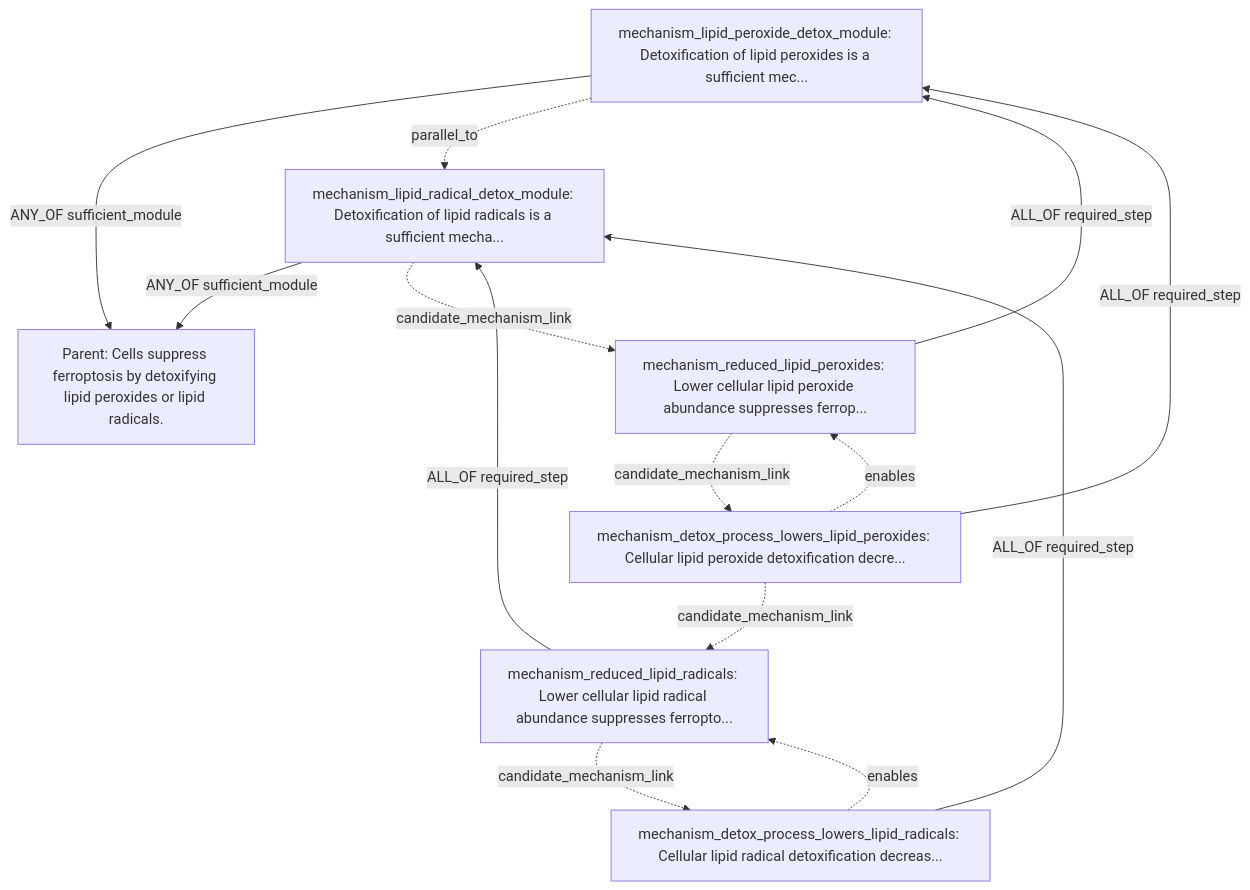
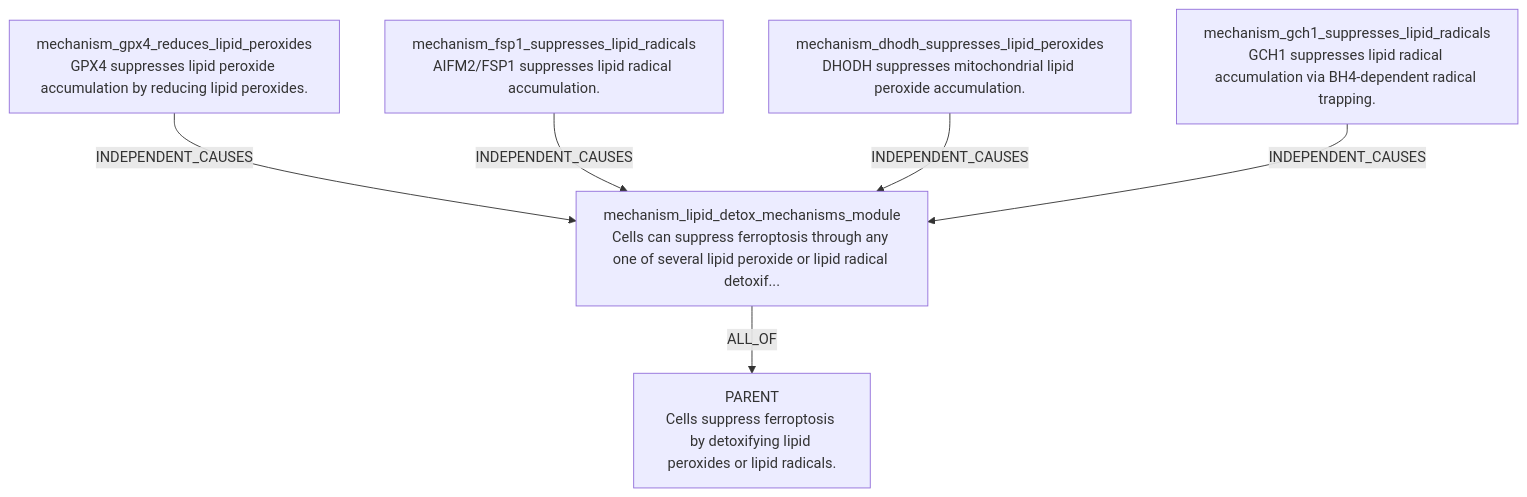
One commit to eliannaqk/bioKG changed the fourth of 12 diagrams in LLM_STEP0_CANDIDATE_CLAIM_DAG_EXAMPLES_20260602.md. Above: the diagram before and after it, drawn with Mermaid. The commit also changed other lines of this file and 17 other files, not shown here.

````diff
--- a/LLM_STEP0_CANDIDATE_CLAIM_DAG_EXAMPLES_20260602.md
+++ b/LLM_STEP0_CANDIDATE_CLAIM_DAG_EXAMPLES_20260602.md
@@ -389,24 +317,14 @@
 ```mermaid
 flowchart TD
-  P["Parent: Cells suppress ferroptosis by detoxifying lipid peroxides or lipid radicals."]
-  N1["mechanism_lipid_peroxide_detox_module: Detoxification of lipid peroxides is a sufficient mec..."]
-  N2["mechanism_lipid_radical_detox_module: Detoxification of lipid radicals is a sufficient mecha..."]
-  N3["mechanism_reduced_lipid_peroxides: Lower cellular lipid peroxide abundance suppresses ferrop..."]
-  N4["mechanism_detox_process_lowers_lipid_peroxides: Cellular lipid peroxide detoxification decre..."]
-  N5["mechanism_reduced_lipid_radicals: Lower cellular lipid radical abundance suppresses ferropto..."]
-  N6["mechanism_detox_process_lowers_lipid_radicals: Cellular lipid radical detoxification decreas..."]
-
-  N1 -->|ANY_OF sufficient_module| P
-  N2 -->|ANY_OF sufficient_module| P
-  N4 -->|ALL_OF required_step| N1
-  N3 -->|ALL_OF required_step| N1
-  N6 -->|ALL_OF required_step| N2
-  N5 -->|ALL_OF required_step| N2
-  N4 -.->|enables| N3
-  N6 -.->|enables| N5
-  N1 -.->|parallel_to| N2
-  N2 -.->|candidate_mechanism_link| N3
-  N3 -.->|candidate_mechanism_link| N4
-  N4 -.->|candidate_mechanism_link| N5
-  N5 -.->|candidate_mechanism_link| N6
+  P["PARENT<br/>Cells suppress ferroptosis by detoxifying lipid peroxides or lipid radicals."]
+  N1["mechanism_lipid_detox_mechanisms_module<br/>Cells can suppress ferroptosis through any one of several lipid peroxide or lipid radical detoxif..."]
+  N2["mechanism_gpx4_reduces_lipid_peroxides<br/>GPX4 suppresses lipid peroxide accumulation by reducing lipid peroxides."]
+  N3["mechanism_fsp1_suppresses_lipid_radicals<br/>AIFM2/FSP1 suppresses lipid radical accumulation."]
+  N4["mechanism_dhodh_suppresses_lipid_peroxides<br/>DHODH suppresses mitochondrial lipid peroxide accumulation."]
+  N5["mechanism_gch1_suppresses_lipid_radicals<br/>GCH1 suppresses lipid radical accumulation via BH4-dependent radical trapping."]
+  N2 -- "INDEPENDENT_CAUSES" --> N1
+  N3 -- "INDEPENDENT_CAUSES" --> N1
+  N4 -- "INDEPENDENT_CAUSES" --> N1
+  N5 -- "INDEPENDENT_CAUSES" --> N1
+  N1 -- "ALL_OF" --> P
 ```
````
